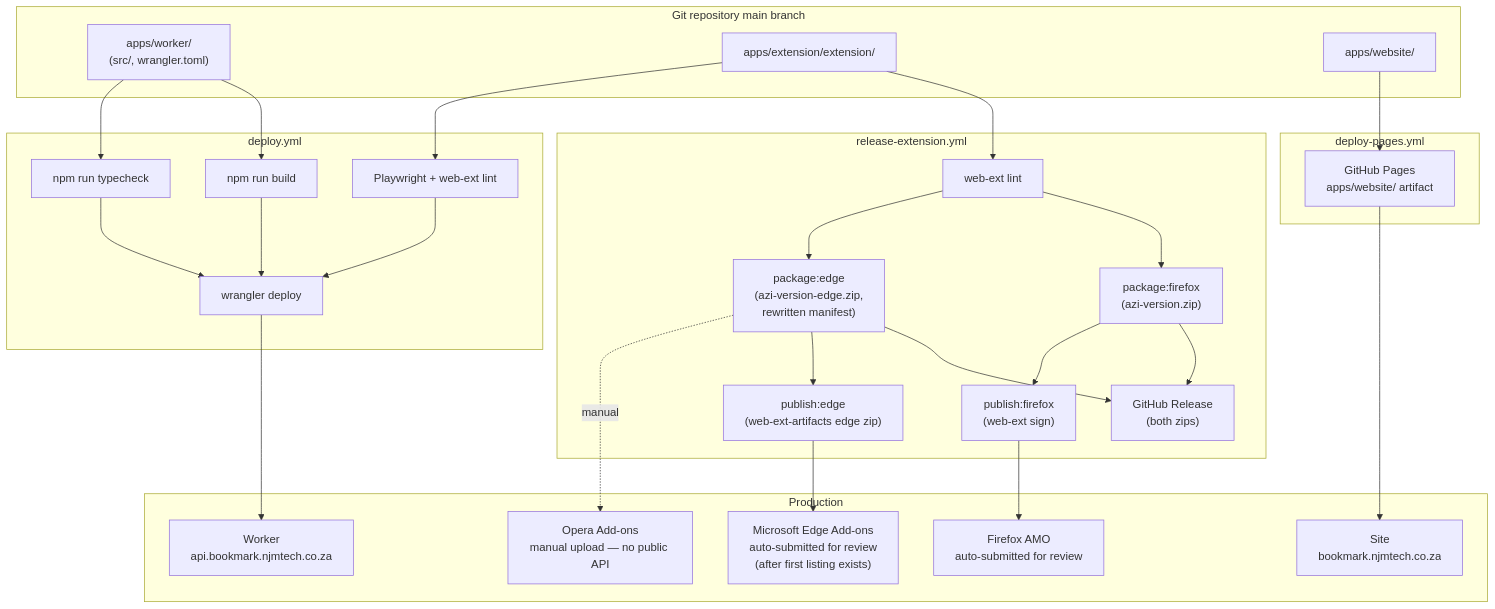
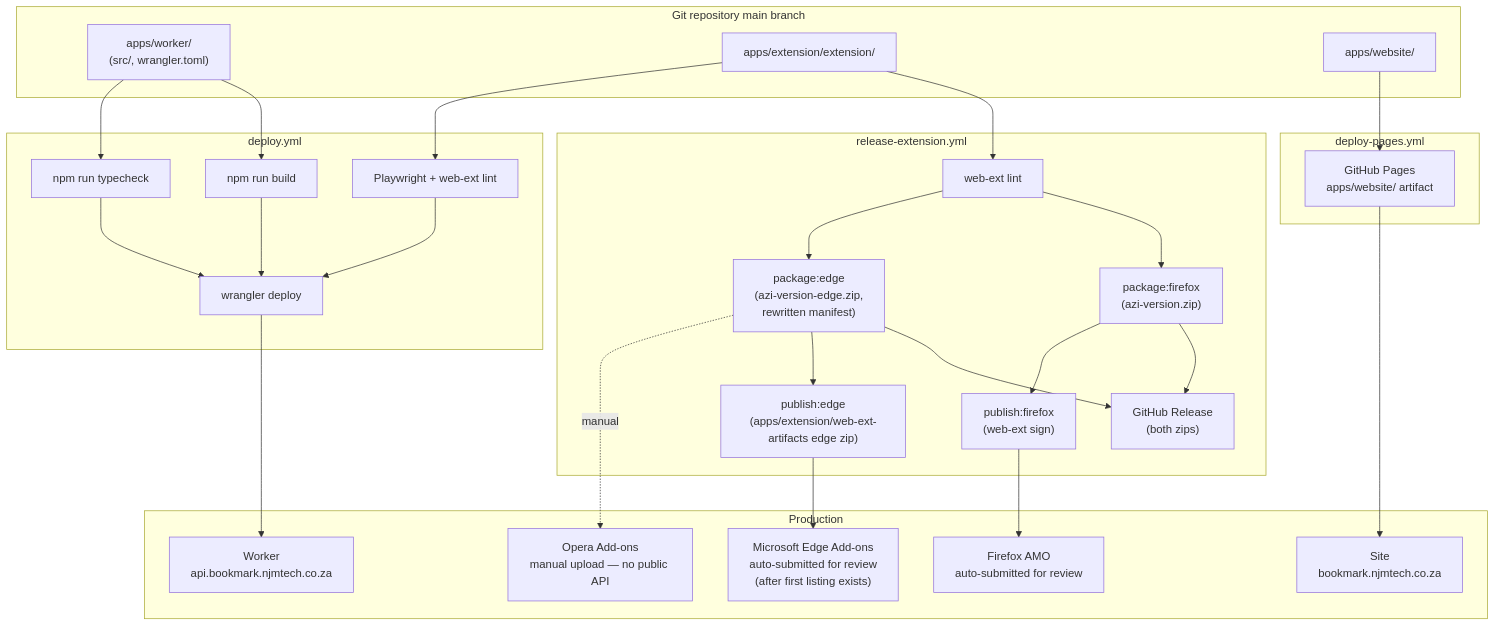
One commit to omoinjm/njmtech-cross-browser-bookmark changed the fourth of 4 diagrams in docs/README.md. Above: the diagram before and after it, drawn with Mermaid. The commit also changed other lines of this file and 3 other files, not shown here.

First line of the commit message:
Move web-ext-artifacts output under apps/extension, not repo root

````diff
--- a/docs/README.md
+++ b/docs/README.md
@@ -129,56 +129,56 @@
 ```mermaid
 flowchart TB
   subgraph repo [Git repository main branch]
     srcCode["apps/worker/\n(src/, wrangler.toml)"]
     extCode["apps/extension/extension/"]
     webCode["apps/website/"]
   end
 
   subgraph ciWorker [deploy.yml]
     build["npm run build"]
     typecheck["npm run typecheck"]
     xbrowser["Playwright + web-ext lint"]
     wranglerDeploy["wrangler deploy"]
   end
 
   subgraph ciRelease [release-extension.yml]
     extLint["web-ext lint"]
     extPack["package:firefox\n(azi-version.zip)"]
     edgePack["package:edge\n(azi-version-edge.zip,\nrewritten manifest)"]
     ghRelease["GitHub Release\n(both zips)"]
-    edgeSubmit["publish:edge\n(web-ext-artifacts edge zip)"]
+    edgeSubmit["publish:edge\n(apps/extension/web-ext-artifacts edge zip)"]
     amoSubmit["publish:firefox\n(web-ext sign)"]
   end
 
   subgraph ciPages [deploy-pages.yml]
     pagesDeploy["GitHub Pages\napps/website/ artifact"]
   end
 
   subgraph prod [Production]
     workerProd["Worker\napi.bookmark.njmtech.co.za"]
     pagesProd["Site\nbookmark.njmtech.co.za"]
     amo["Firefox AMO\nauto-submitted for review"]
     edge["Microsoft Edge Add-ons\nauto-submitted for review\n(after first listing exists)"]
     opera["Opera Add-ons\nmanual upload — no public API"]
   end
 
   extCode --> extLint
   extLint --> extPack
   extLint --> edgePack
   extPack --> ghRelease
   edgePack --> ghRelease
   extPack --> amoSubmit --> amo
   edgePack --> edgeSubmit --> edge
   edgePack -.->|"manual"| opera
 
   srcCode --> build
   srcCode --> typecheck
   extCode --> xbrowser
   build --> wranglerDeploy
   typecheck --> wranglerDeploy
   xbrowser --> wranglerDeploy
   wranglerDeploy --> workerProd
 
   webCode --> pagesDeploy
   pagesDeploy --> pagesProd
 ```
````
